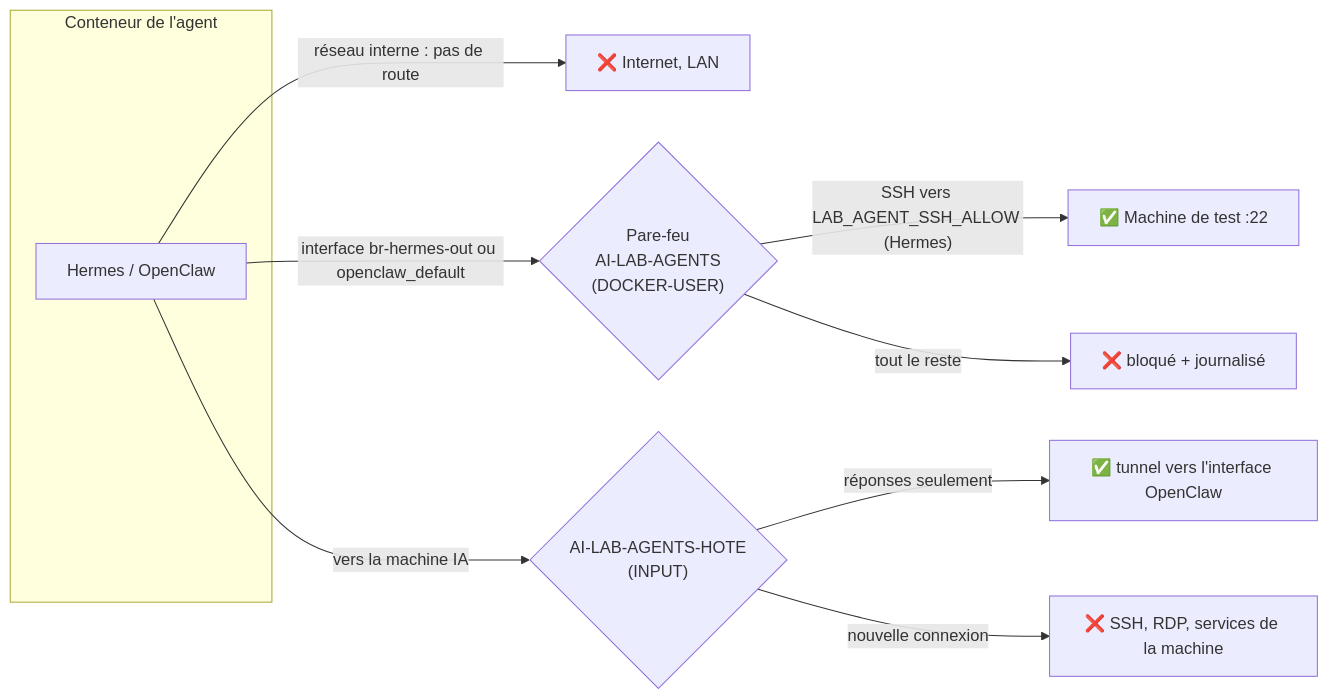
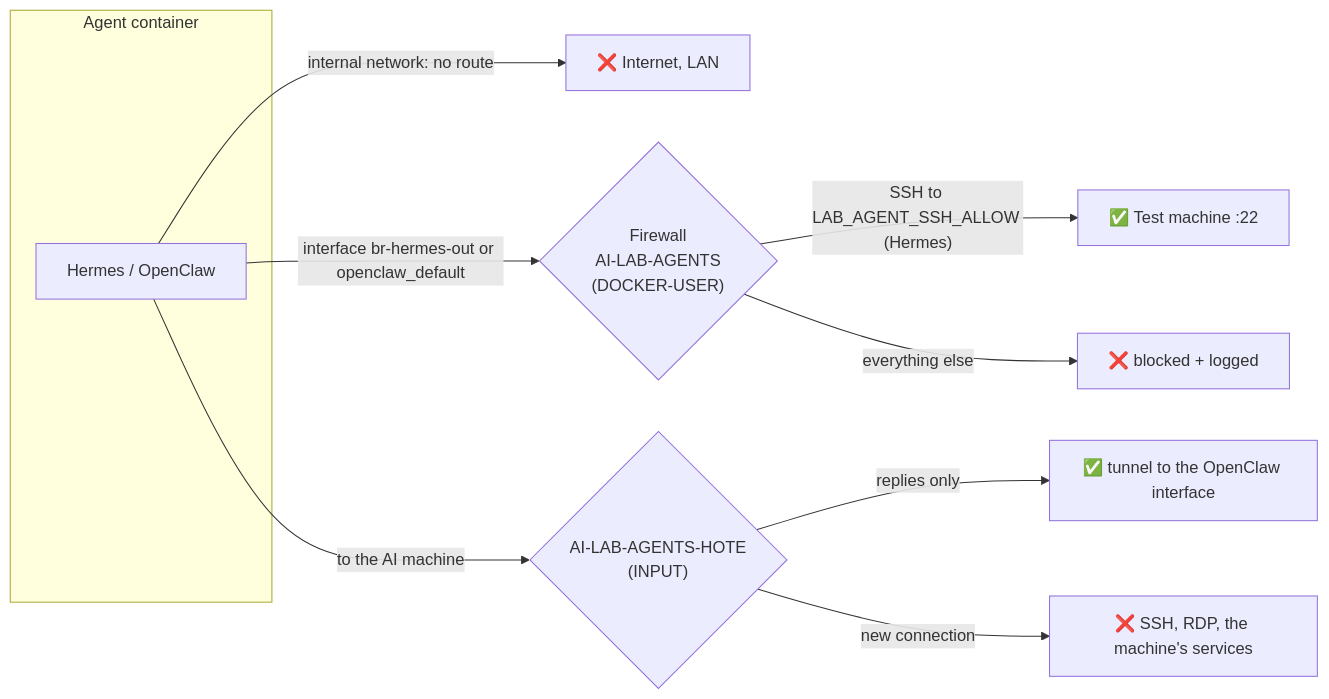
One commit to Mateo-lab/local-ai-lab changed the fourth of 5 diagrams in docs/security-architecture.md. Above: the diagram before and after it, drawn with Mermaid. The commit also changed other lines of this file and 1 other file, not shown here.

First line of the commit message:
docs: translate security-architecture, remote-access

````diff
--- a/docs/security-architecture.md
+++ b/docs/security-architecture.md
@@ -191,13 +190,13 @@
 ```mermaid
 flowchart LR
-    subgraph Agent["Conteneur de l'agent"]
+    subgraph Agent["Agent container"]
         A["Hermes / OpenClaw"]
     end
-    A -->|"réseau interne : pas de route"| X1["❌ Internet, LAN"]
-    A -->|"interface br-hermes-out ou openclaw_default"| FW{"Pare-feu<br/>AI-LAB-AGENTS<br/>(DOCKER-USER)"}
-    FW -->|"SSH vers LAB_AGENT_SSH_ALLOW (Hermes)"| OK["✅ Machine de test :22"]
-    FW -->|"tout le reste"| X2["❌ bloqué + journalisé"]
-    A -->|"vers la machine IA"| FWH{"AI-LAB-AGENTS-HOTE<br/>(INPUT)"}
-    FWH -->|"réponses seulement"| OK2["✅ tunnel vers l'interface OpenClaw"]
-    FWH -->|"nouvelle connexion"| X3["❌ SSH, RDP, services de la machine"]
+    A -->|"internal network: no route"| X1["❌ Internet, LAN"]
+    A -->|"interface br-hermes-out or openclaw_default"| FW{"Firewall<br/>AI-LAB-AGENTS<br/>(DOCKER-USER)"}
+    FW -->|"SSH to LAB_AGENT_SSH_ALLOW (Hermes)"| OK["✅ Test machine :22"]
+    FW -->|"everything else"| X2["❌ blocked + logged"]
+    A -->|"to the AI machine"| FWH{"AI-LAB-AGENTS-HOTE<br/>(INPUT)"}
+    FWH -->|"replies only"| OK2["✅ tunnel to the OpenClaw interface"]
+    FWH -->|"new connection"| X3["❌ SSH, RDP, the machine's services"]
 ```
````
